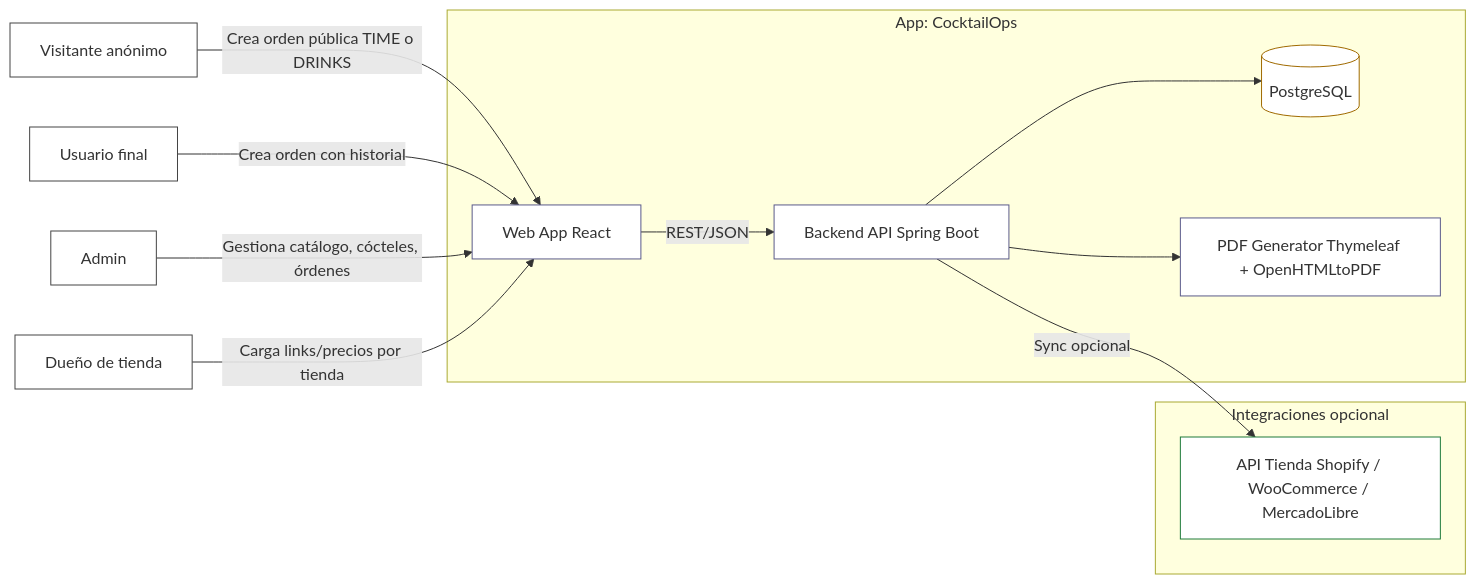
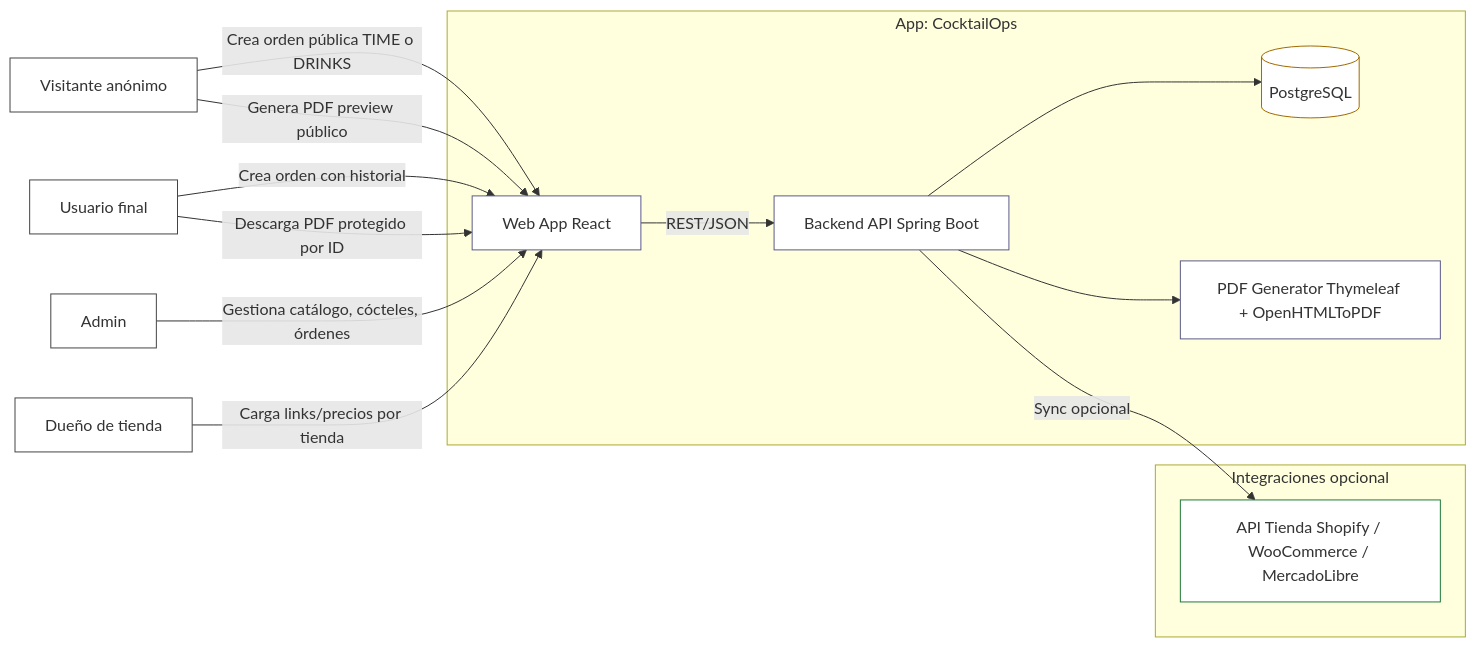
The second of 3 diagrams in backend/README.md (Fran3103/CocktailOps), drawn with Mermaid before and after one commit. The commit also changed other lines of this file and 11 other files, not shown here.

Commit message:
feat: improve order flow and update project documentation

````diff
--- a/backend/README.md
+++ b/backend/README.md
@@ -902,39 +1023,41 @@
 ```mermaid
 flowchart LR
 
 U[Usuario final]
 A[Admin]
 S[Dueño de tienda]
 V[Visitante anónimo]
 
 subgraph SYS[App: CocktailOps]
   FE[Web App React]
   BE[Backend API Spring Boot]
   DB[(PostgreSQL)]
-  PDF[PDF Generator Thymeleaf + OpenHTMLtoPDF]
+  PDF[PDF Generator Thymeleaf + OpenHTMLToPDF]
 end
 
 subgraph EXT[Integraciones opcional]
   SHOPAPI[API Tienda Shopify / WooCommerce / MercadoLibre]
 end
 
 V -->|Crea orden pública TIME o DRINKS| FE
+V -->|Genera PDF preview público| FE
 U -->|Crea orden con historial| FE
+U -->|Descarga PDF protegido por ID| FE
 A -->|Gestiona catálogo, cócteles, órdenes| FE
 S -->|Carga links/precios por tienda| FE
 
 FE -->|REST/JSON| BE
 BE --> DB
 BE --> PDF
 BE -->|Sync opcional| SHOPAPI
 
 class U,A,S,V actor
 class FE,BE,PDF box
 class DB db
 class SHOPAPI ext
 
 classDef actor fill:#ffffff,stroke:#444,stroke-width:1px
 classDef box fill:#ffffff,stroke:#5a5a8a,stroke-width:1px
 classDef db fill:#ffffff,stroke:#a06a00,stroke-width:1px
 classDef ext fill:#ffffff,stroke:#1f7a3a,stroke-width:1px
 ```
````
